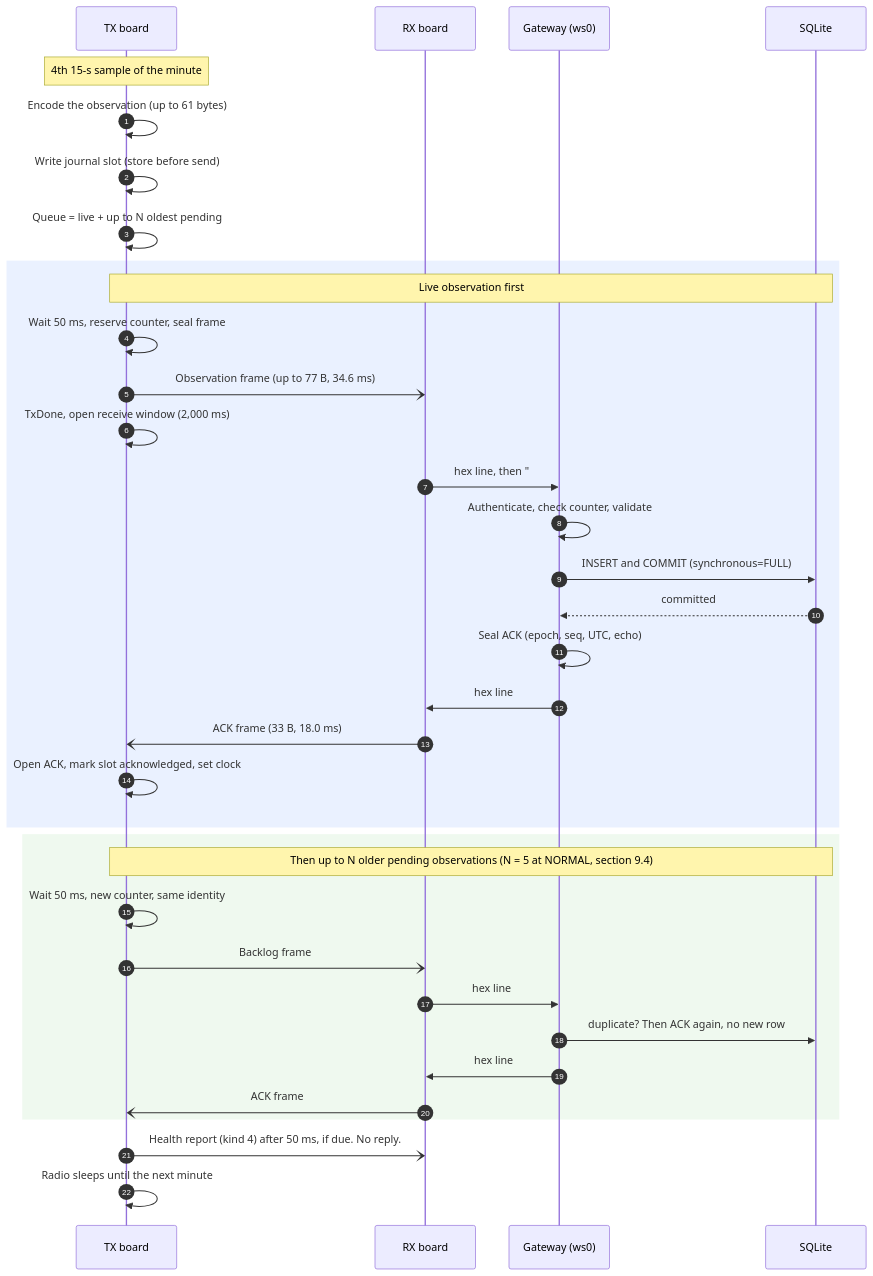
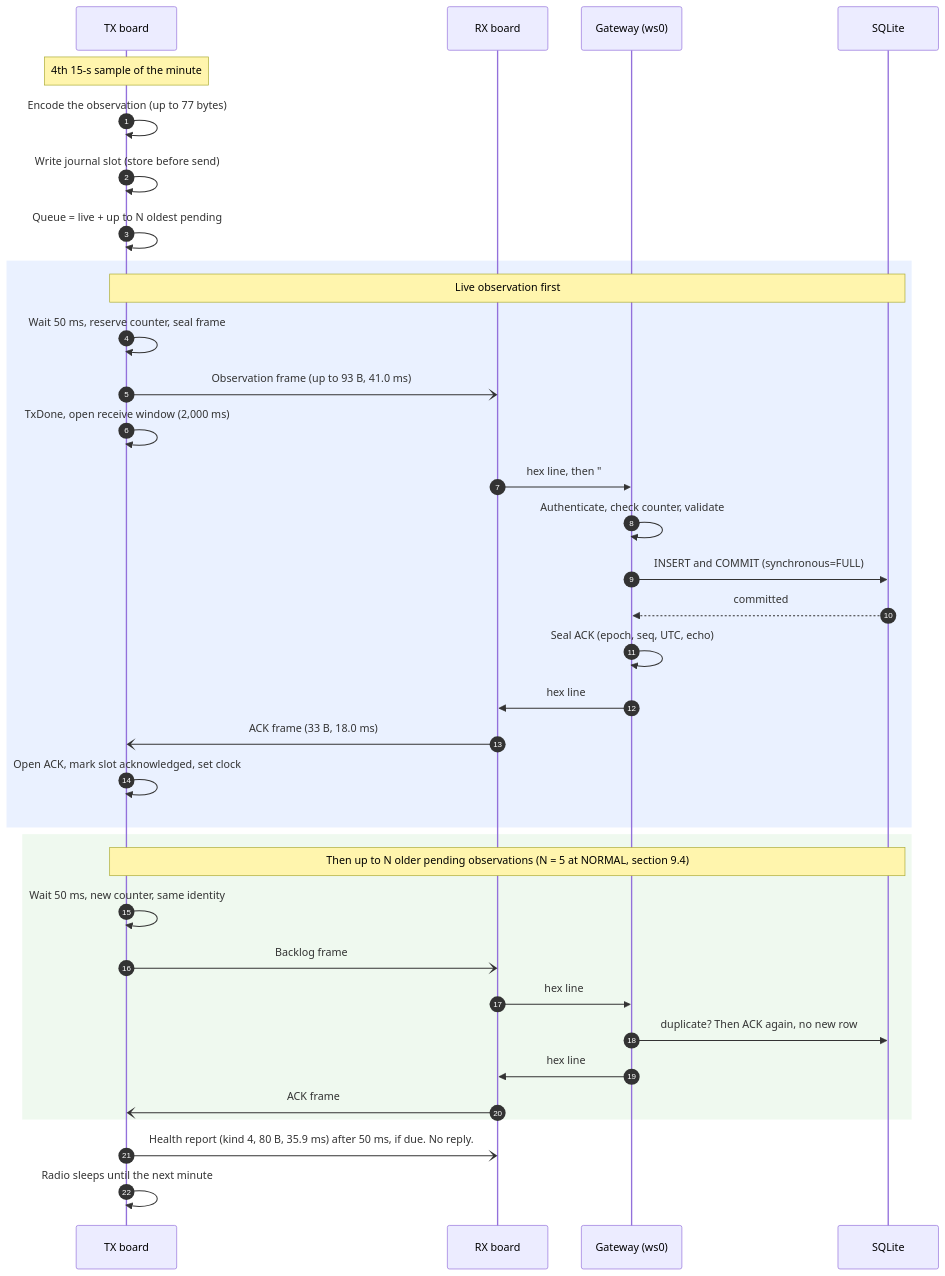
Before and after one commit to clintecker/weather-station-2026: diagram 12 of 22 in docs/protocol-stack.md, drawn with Mermaid. The commit also changed other lines of this file and 303 other files, not shown here.

````diff
--- a/docs/protocol-stack.md
+++ b/docs/protocol-stack.md
@@ -569,37 +668,37 @@
 ```mermaid
 sequenceDiagram
   autonumber
   participant TX as TX board
   participant RX as RX board
   participant GW as Gateway (ws0)
   participant DB as SQLite
   Note over TX: 4th 15-s sample of the minute
-  TX->>TX: Encode the observation (up to 61 bytes)
+  TX->>TX: Encode the observation (up to 77 bytes)
   TX->>TX: Write journal slot (store before send)
   TX->>TX: Queue = live + up to N oldest pending
   rect rgba(80,140,255,0.12)
   Note over TX,DB: Live observation first
   TX->>TX: Wait 50 ms, reserve counter, seal frame
-  TX-)RX: Observation frame (up to 77 B, 34.6 ms)
+  TX-)RX: Observation frame (up to 93 B, 41.0 ms)
   TX->>TX: TxDone, open receive window (2,000 ms)
   RX->>GW: hex line, then "#rx obs rssi snr"
   GW->>GW: Authenticate, check counter, validate
   GW->>DB: INSERT and COMMIT (synchronous=FULL)
   DB-->>GW: committed
   GW->>GW: Seal ACK (epoch, seq, UTC, echo)
   GW->>RX: hex line
   RX-)TX: ACK frame (33 B, 18.0 ms)
   TX->>TX: Open ACK, mark slot acknowledged, set clock
   end
   rect rgba(120,200,120,0.12)
   Note over TX,DB: Then up to N older pending observations (N = 5 at NORMAL, section 9.4)
   TX->>TX: Wait 50 ms, new counter, same identity
   TX-)RX: Backlog frame
   RX->>GW: hex line
   GW->>DB: duplicate? Then ACK again, no new row
   GW->>RX: hex line
   RX-)TX: ACK frame
   end
-  TX-)RX: Health report (kind 4) after 50 ms, if due. No reply.
+  TX-)RX: Health report (kind 4, 80 B, 35.9 ms) after 50 ms, if due. No reply.
   TX->>TX: Radio sleeps until the next minute
 ```
````
